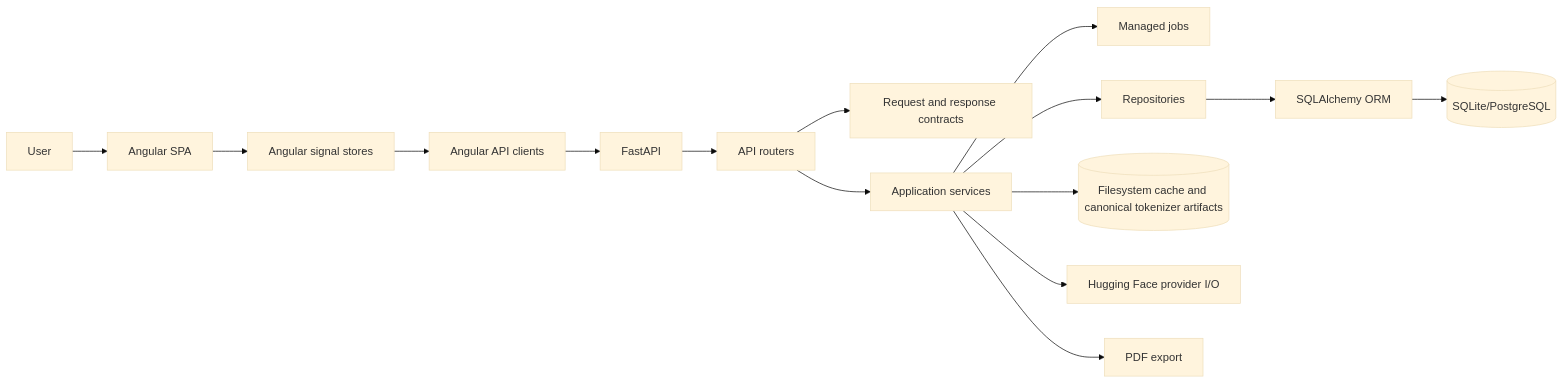
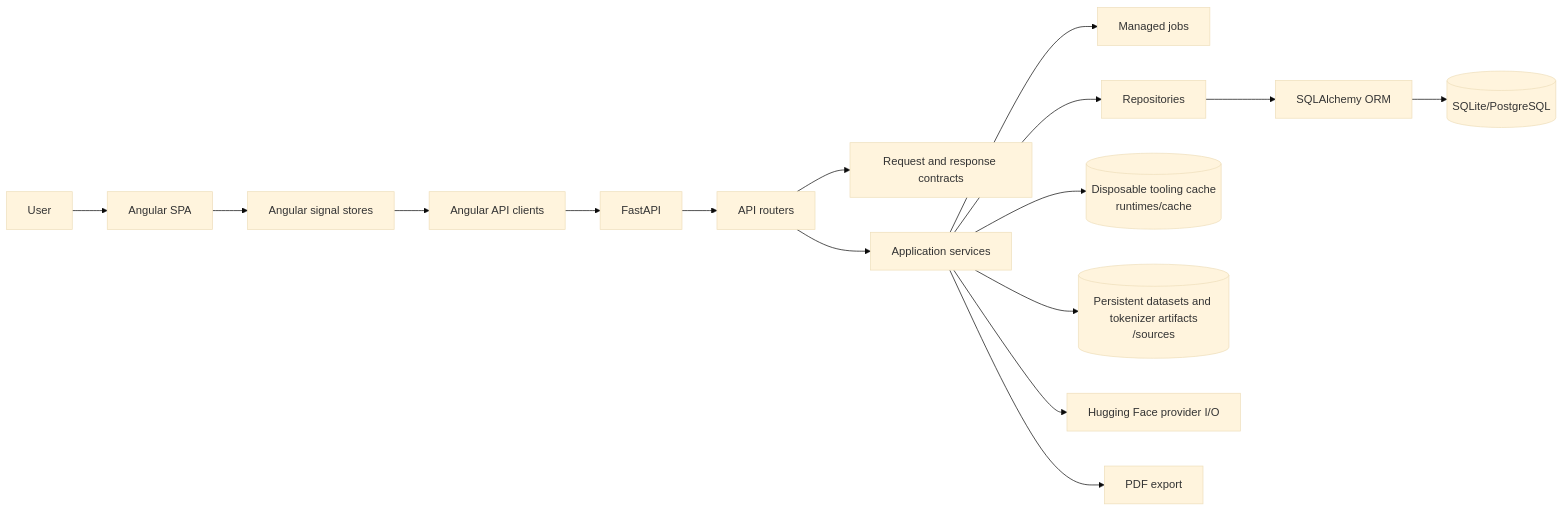
Before and after one commit to CTCycle/TKBEN-tokenizers-benchmarker: the diagram in assets/docs/architecture/system_overview.md, drawn with Mermaid (base theme). The commit also changed other lines of this file and 16 other files, not shown here.

````diff
--- a/assets/docs/architecture/system_overview.md
+++ b/assets/docs/architecture/system_overview.md
@@ -110,17 +114,18 @@
 ```mermaid
 flowchart LR
     User[User] --> SPA[Angular SPA]
     SPA --> Stores[Angular signal stores]
     Stores --> Clients[Angular API clients]
     Clients --> FastAPI[FastAPI]
     FastAPI --> Routers[API routers]
     Routers --> Contracts[Request and response contracts]
     Routers --> Services[Application services]
     Services --> Jobs[Managed jobs]
     Services --> Repositories[Repositories]
     Repositories --> ORM[SQLAlchemy ORM]
     ORM --> Relational[(SQLite/PostgreSQL)]
-    Services --> Cache[(Filesystem cache and canonical tokenizer artifacts)]
+    Services --> Cache[(Disposable tooling cache\nruntimes/cache)]
+    Services --> Sources[(Persistent datasets and tokenizer artifacts\n<TKBEN_DATA_DIR>/sources)]
     Services --> HF[Hugging Face provider I/O]
     Services --> PDF[PDF export]
 ```
````
